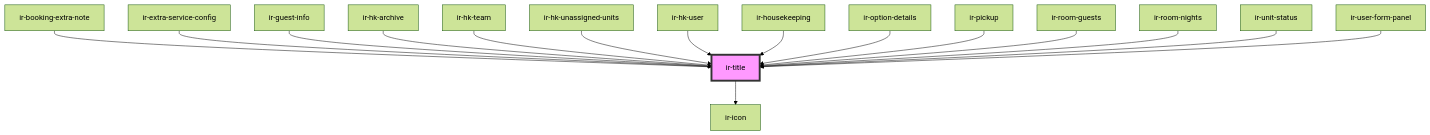
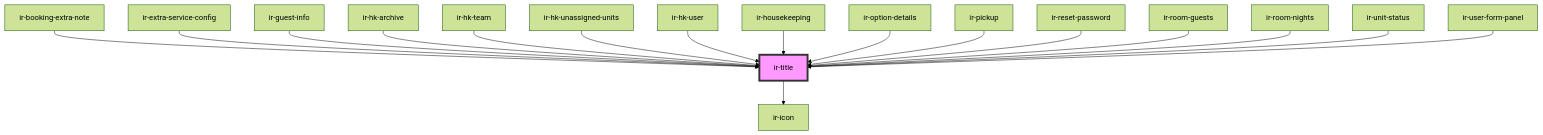
Before and after one commit to David1Chowaifaty/modified-ir-webcmp: the diagram in src/components/ir-title/readme.md, drawn with Mermaid (forest theme). The commit also changed other lines of this file and 26 other files, not shown here.

````diff
--- a/src/components/ir-title/readme.md
+++ b/src/components/ir-title/readme.md
@@ -49,19 +50,20 @@
 ```mermaid
 graph TD;
   ir-title --> ir-icon
   ir-booking-extra-note --> ir-title
   ir-extra-service-config --> ir-title
   ir-guest-info --> ir-title
   ir-hk-archive --> ir-title
   ir-hk-team --> ir-title
   ir-hk-unassigned-units --> ir-title
   ir-hk-user --> ir-title
   ir-housekeeping --> ir-title
   ir-option-details --> ir-title
   ir-pickup --> ir-title
+  ir-reset-password --> ir-title
   ir-room-guests --> ir-title
   ir-room-nights --> ir-title
   ir-unit-status --> ir-title
   ir-user-form-panel --> ir-title
   style ir-title fill:#f9f,stroke:#333,stroke-width:4px
 ```
````
